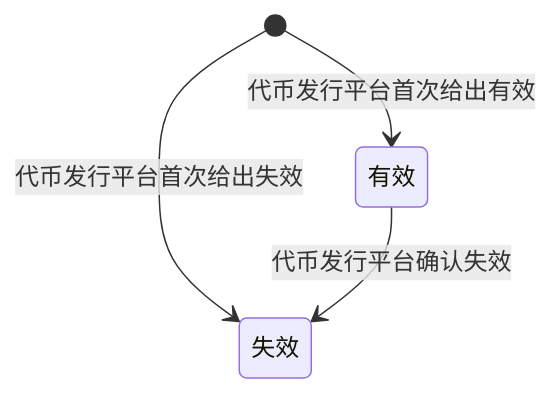
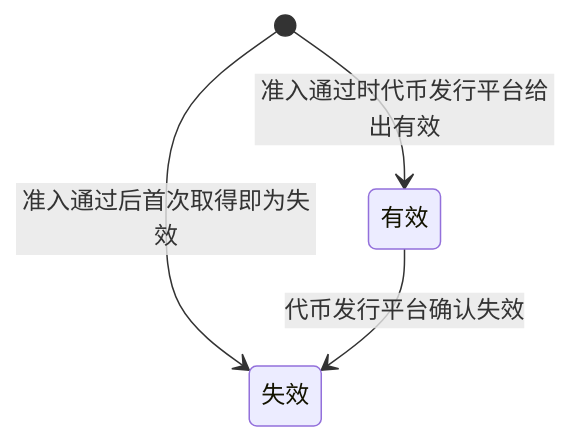
One commit to wxblockchain/Chain-Financing changed the fourth of 6 diagrams in lending-platform/PRD/面客端/04-资产广场-已上架代币只读域/02-资产广场-流程图与状态机.md. Above: the diagram before and after it, drawn with Mermaid. The commit also changed other lines of this file and 21 other files, not shown here.

````diff
--- a/lending-platform/PRD/面客端/04-资产广场-已上架代币只读域/02-资产广场-流程图与状态机.md
+++ b/lending-platform/PRD/面客端/04-资产广场-已上架代币只读域/02-资产广场-流程图与状态机.md
@@ -82,8 +85,8 @@
 ```mermaid
 stateDiagram-v2
   state "有效" as Valid
   state "失效" as Invalid
-  [*] --> Valid: 代币发行平台首次给出有效
-  [*] --> Invalid: 代币发行平台首次给出失效
+  [*] --> Valid: 准入通过时代币发行平台给出有效
+  [*] --> Invalid: 准入通过后首次取得即为失效
   Valid --> Invalid: 代币发行平台确认失效
 ```
````
